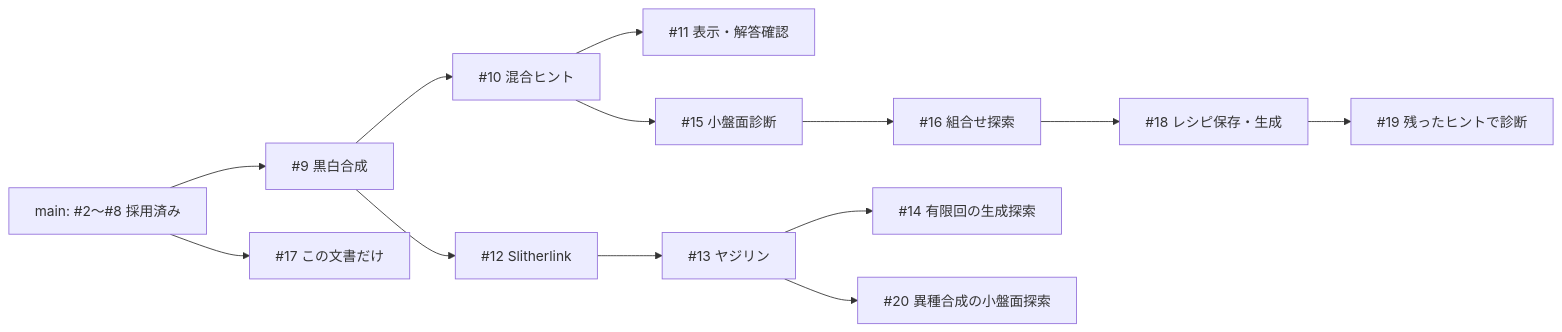
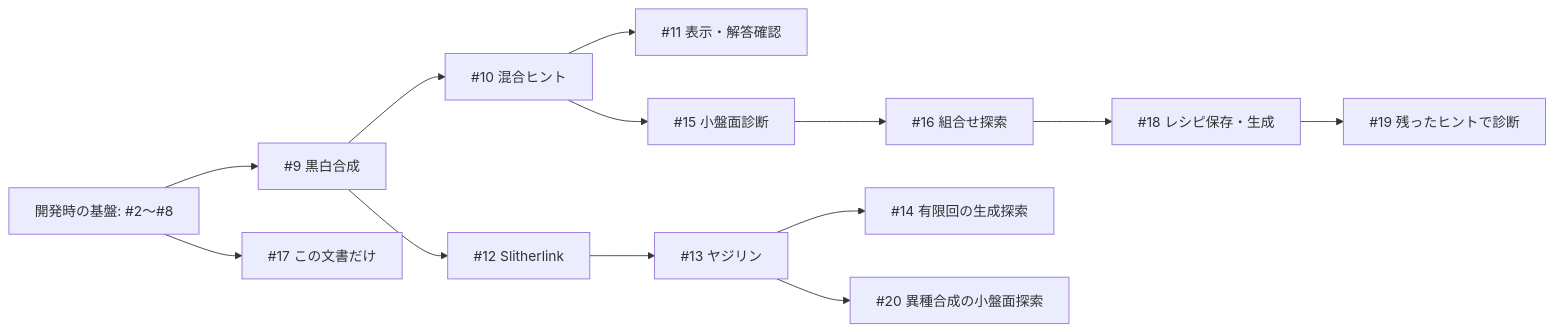
The diagram in docs/review-roadmap.md (airtoxin/puzzle-box), drawn with Mermaid before and after one commit. The commit also changed other lines of this file, not shown here.

````diff
--- a/docs/review-roadmap.md
+++ b/docs/review-roadmap.md
@@ -38,15 +38,15 @@
 ```mermaid
 flowchart LR
-  M["main: #2〜#8 採用済み"] --> A["#9 黒白合成"]
+  M["開発時の基盤: #2〜#8"] --> A["#9 黒白合成"]
   M --> G["#17 この文書だけ"]
   A --> B["#10 混合ヒント"]
   B --> C["#11 表示・解答確認"]
   B --> D["#15 小盤面診断"]
   D --> E["#16 組合せ探索"]
   E --> F["#18 レシピ保存・生成"]
   F --> H["#19 残ったヒントで診断"]
   A --> I["#12 Slitherlink"]
   I --> J["#13 ヤジリン"]
   J --> K["#14 有限回の生成探索"]
   J --> L["#20 異種合成の小盤面探索"]
 ```
````
